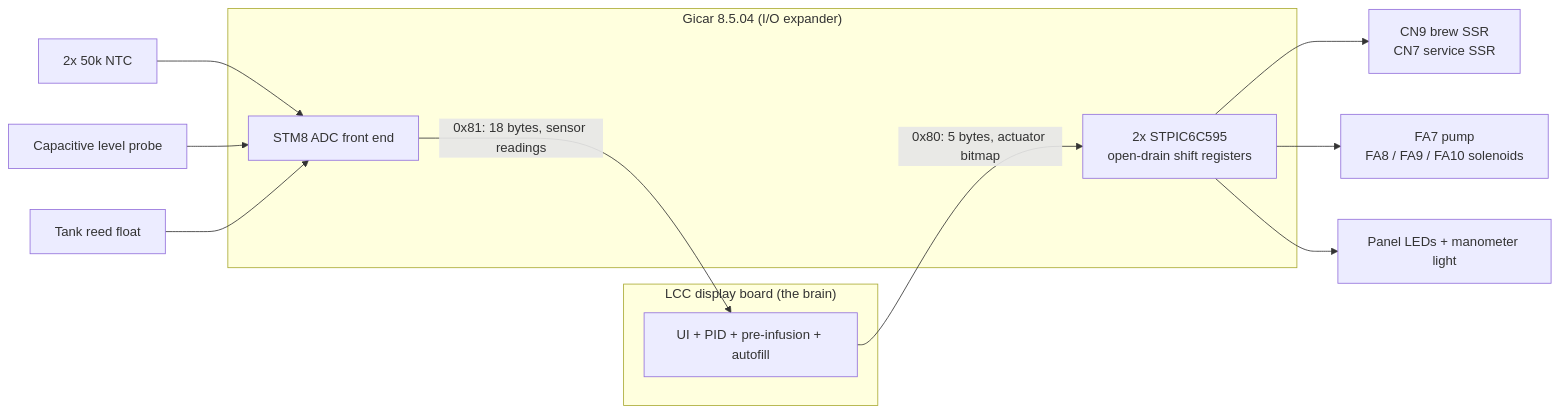
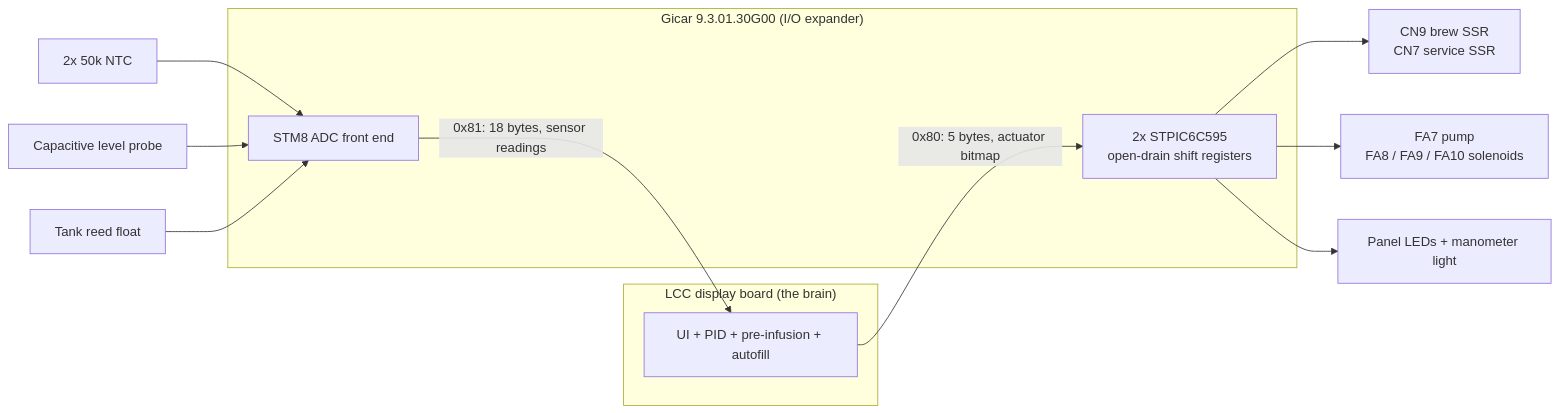
The first of 2 diagrams in docs/plans/lelit-lcc-protocol.md (salekseev/gaggimate), drawn with Mermaid before and after one commit. The commit also changed other lines of this file and 6 other files, not shown here.

````diff
--- a/docs/plans/lelit-lcc-protocol.md
+++ b/docs/plans/lelit-lcc-protocol.md
@@ -43,18 +76,18 @@
 ```mermaid
 flowchart LR
   subgraph LCC["LCC display board (the brain)"]
     UI["UI + PID + pre-infusion + autofill"]
   end
-  subgraph GICAR["Gicar 8.5.04 (I/O expander)"]
+  subgraph GICAR["Gicar 9.3.01.30G00 (I/O expander)"]
     SR["2x STPIC6C595<br/>open-drain shift registers"]
     ADC["STM8 ADC front end"]
   end
   UI -->|"0x80: 5 bytes, actuator bitmap"| SR
   ADC -->|"0x81: 18 bytes, sensor readings"| UI
   SR --> HEAT["CN9 brew SSR<br/>CN7 service SSR"]
   SR --> SOL["FA7 pump<br/>FA8 / FA9 / FA10 solenoids"]
   SR --> LED["Panel LEDs + manometer light"]
   NTC["2x 50k NTC"] --> ADC
   LVL["Capacitive level probe"] --> ADC
   TANK["Tank reed float"] --> ADC
 ```
````
